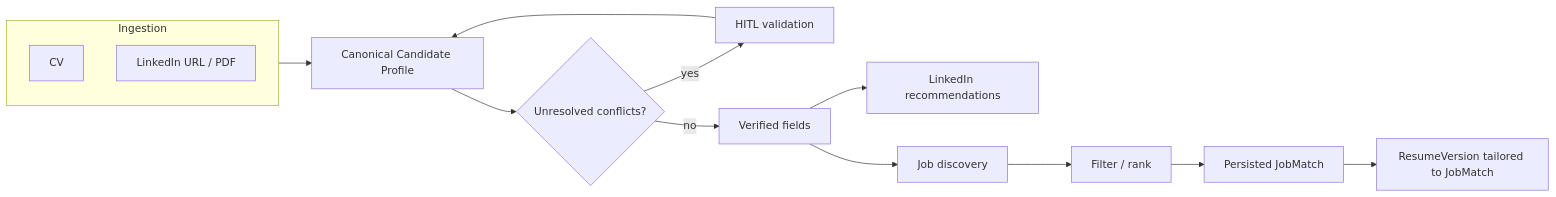
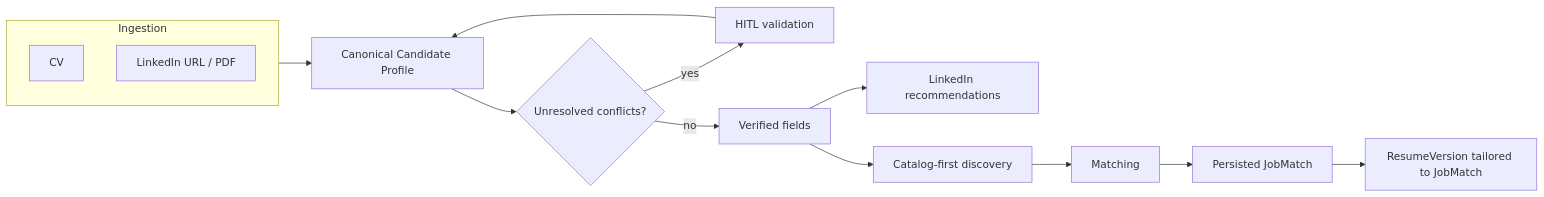
Before and after one commit to shira-ozana/career-ai: the fifth of 8 diagrams in docs/architecture/overview.md, drawn with Mermaid. The commit also changed other lines of this file and 16 other files, not shown here.

Commit message:
Align architecture docs with modular-monolith and catalog-first Job Search decisions.

````diff
--- a/docs/architecture/overview.md
+++ b/docs/architecture/overview.md
@@ -119,19 +325,19 @@
 ```mermaid
 flowchart LR
     subgraph Ingest["Ingestion"]
         CVFile[CV]
         LISrc[LinkedIn URL / PDF]
     end
 
     Ingest --> Profile[Canonical Candidate Profile]
     Profile --> HITL{Unresolved conflicts?}
     HITL -->|yes| UserFix[HITL validation]
     UserFix --> Profile
     HITL -->|no| Ready[Verified fields]
 
     Ready --> LIopt[LinkedIn recommendations]
-    Ready --> Discover[Job discovery]
-    Discover --> Rank[Filter / rank]
+    Ready --> Discover[Catalog-first discovery]
+    Discover --> Rank[Matching]
     Rank --> Match[Persisted JobMatch]
     Match --> Tailor[ResumeVersion tailored to JobMatch]
 ```
````
